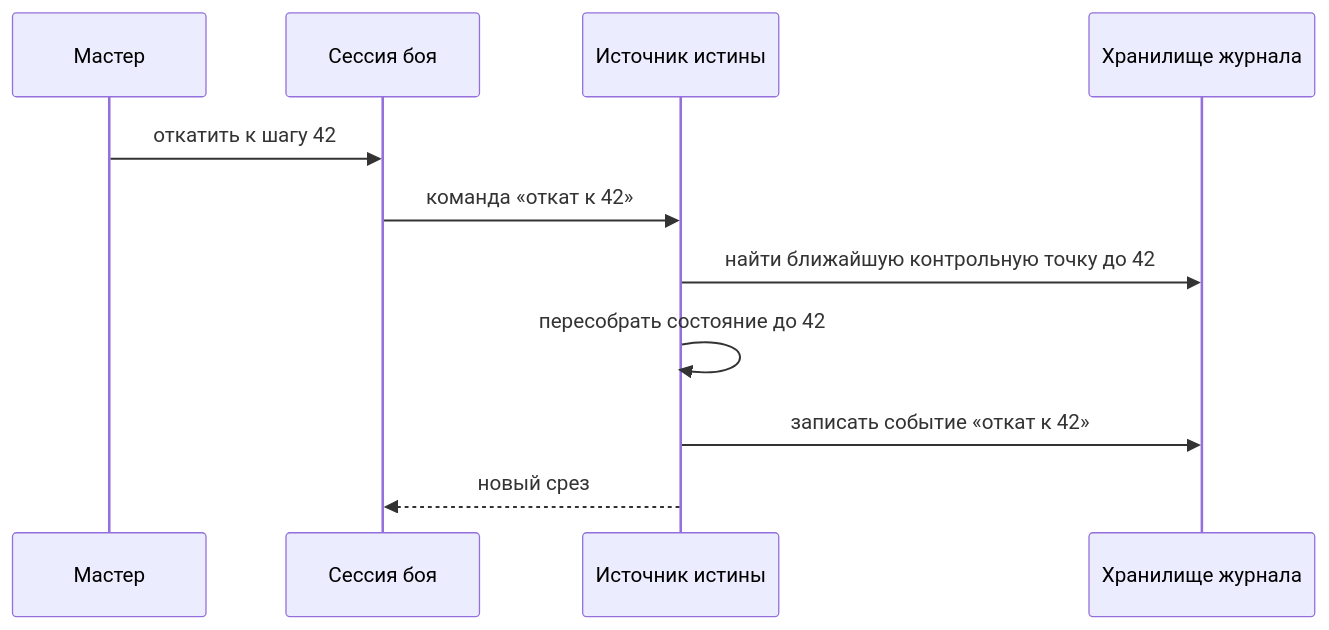
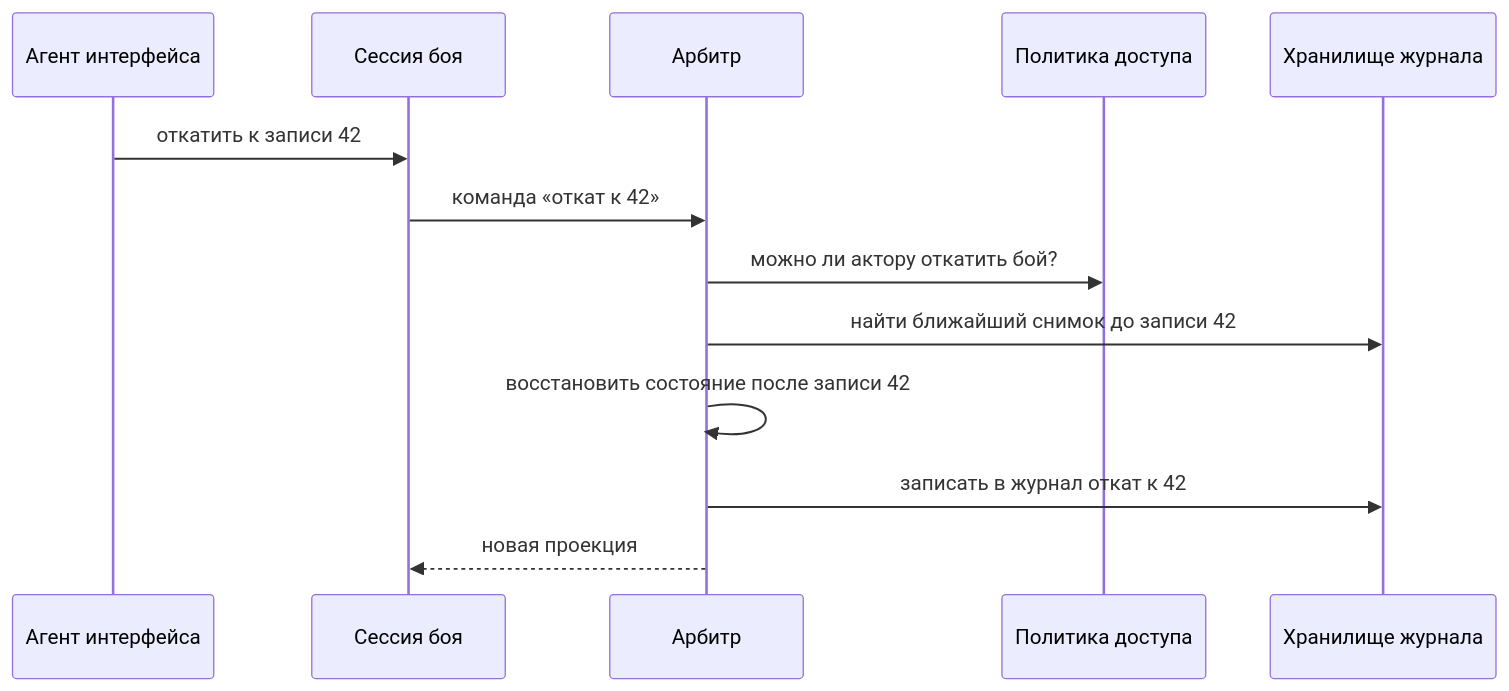
Before and after one commit to LinKav20/Heroes2dBattleGame: the fifth of 5 diagrams in docs/architecture/05-runtime.md, drawn with Mermaid. The commit also changed other lines of this file and 53 other files, not shown here.

````diff
--- a/docs/architecture/05-runtime.md
+++ b/docs/architecture/05-runtime.md
@@ -139,13 +145,15 @@
 ```mermaid
 sequenceDiagram
-  participant M as Мастер
+  participant U as Агент интерфейса
   participant S as Сессия боя
-  participant A as Источник истины
+  participant A as Арбитр
+  participant P as Политика доступа
   participant J as Хранилище журнала
-  M->>S: откатить к шагу 42
+  U->>S: откатить к записи 42
   S->>A: команда «откат к 42»
-  A->>J: найти ближайшую контрольную точку до 42
-  A->>A: пересобрать состояние до 42
-  A->>J: записать событие «откат к 42»
-  A-->>S: новый срез
+  A->>P: можно ли актору откатить бой?
+  A->>J: найти ближайший снимок до записи 42
+  A->>A: восстановить состояние после записи 42
+  A->>J: записать в журнал откат к 42
+  A-->>S: новая проекция
 ```
````
